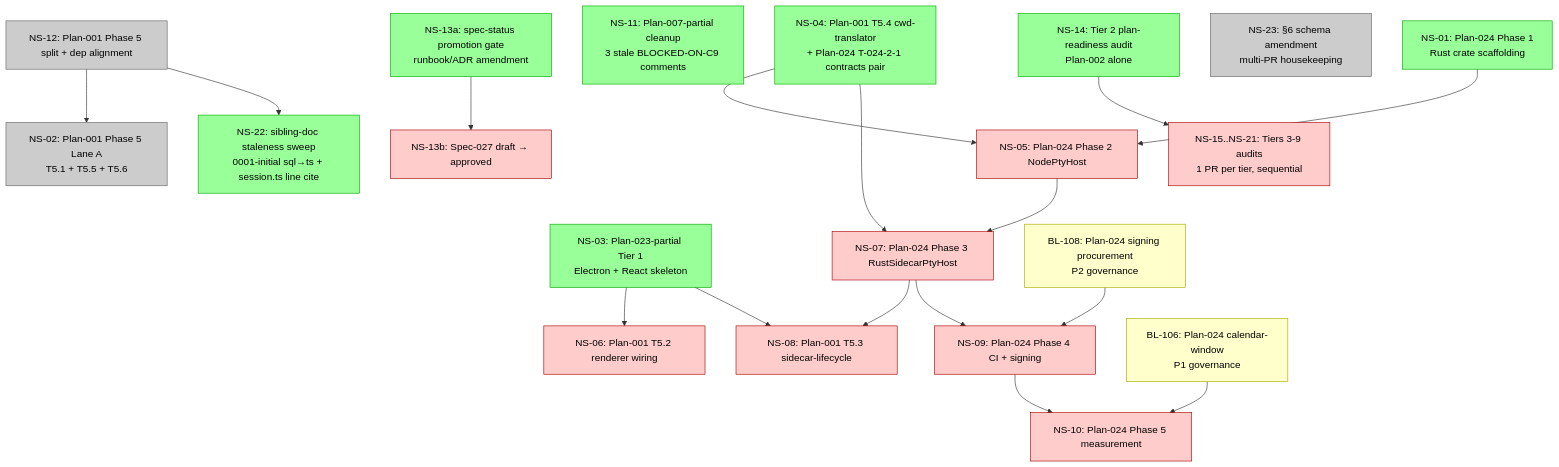
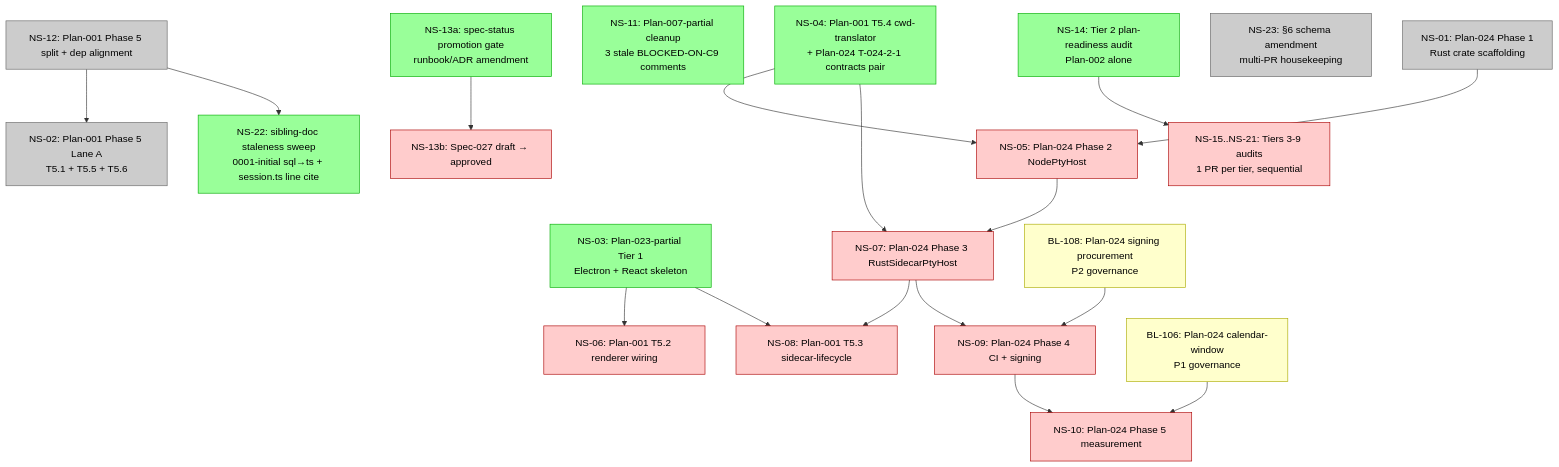
One commit to Sawmonabo/ai-sidekicks changed the diagram in docs/architecture/cross-plan-dependencies.md. Above: the diagram before and after it, drawn with Mermaid. The commit also changed other lines of this file and 1 other file, not shown here.

````diff
--- a/docs/architecture/cross-plan-dependencies.md
+++ b/docs/architecture/cross-plan-dependencies.md
@@ -282,56 +282,56 @@
 ```mermaid
 graph TB
   %% READY (no upstream NS-XX blockers, or all upstream satisfied)
-  NS01[NS-01: Plan-024 Phase 1<br/>Rust crate scaffolding]:::ready
+  NS01[NS-01: Plan-024 Phase 1<br/>Rust crate scaffolding]:::completed
   NS02[NS-02: Plan-001 Phase 5 Lane A<br/>T5.1 + T5.5 + T5.6]:::completed
   NS03[NS-03: Plan-023-partial Tier 1<br/>Electron + React skeleton]:::ready
   NS04[NS-04: Plan-001 T5.4 cwd-translator<br/>+ Plan-024 T-024-2-1 contracts pair]:::ready
   NS11[NS-11: Plan-007-partial cleanup<br/>3 stale BLOCKED-ON-C9 comments]:::ready
   NS13a[NS-13a: spec-status promotion gate<br/>runbook/ADR amendment]:::ready
   NS14[NS-14: Tier 2 plan-readiness audit<br/>Plan-002 alone]:::ready
   NS22[NS-22: sibling-doc staleness sweep<br/>0001-initial sql→ts + session.ts line cite]:::ready
   NS23[NS-23: §6 schema amendment<br/>multi-PR housekeeping]:::completed
 
   %% BLOCKED
   NS05[NS-05: Plan-024 Phase 2 NodePtyHost]:::blocked
   NS06[NS-06: Plan-001 T5.2 renderer wiring]:::blocked
   NS07[NS-07: Plan-024 Phase 3 RustSidecarPtyHost]:::blocked
   NS08[NS-08: Plan-001 T5.3 sidecar-lifecycle]:::blocked
   NS09[NS-09: Plan-024 Phase 4 CI + signing]:::blocked
   NS10[NS-10: Plan-024 Phase 5 measurement]:::blocked
   NS13b[NS-13b: Spec-027 draft → approved]:::blocked
   NS15[NS-15..NS-21: Tiers 3-9 audits<br/>1 PR per tier, sequential]:::blocked
 
   %% COMPLETED
   NS12[NS-12: Plan-001 Phase 5 split + dep alignment]:::completed
 
   %% EXISTING BACKLOG (governance)
   BL106[BL-106: Plan-024 calendar-window<br/>P1 governance]:::governance
   BL108[BL-108: Plan-024 signing procurement<br/>P2 governance]:::governance
 
   %% Code track edges
   NS12 --> NS02
   NS12 --> NS22
   NS01 --> NS05
   NS04 --> NS05
   NS04 --> NS07
   NS05 --> NS07
   NS03 --> NS06
   NS03 --> NS08
   NS07 --> NS08
   NS07 --> NS09
   BL108 --> NS09
   NS09 --> NS10
   BL106 --> NS10
 
   %% Governance chain
   NS13a --> NS13b
 
   %% Audit chain
   NS14 --> NS15
 
   classDef ready fill:#9f9,stroke:#0a0,color:#000
   classDef blocked fill:#fcc,stroke:#a00,color:#000
   classDef completed fill:#ccc,stroke:#666,color:#000
   classDef governance fill:#ffc,stroke:#aa0,color:#000
 ```
````
